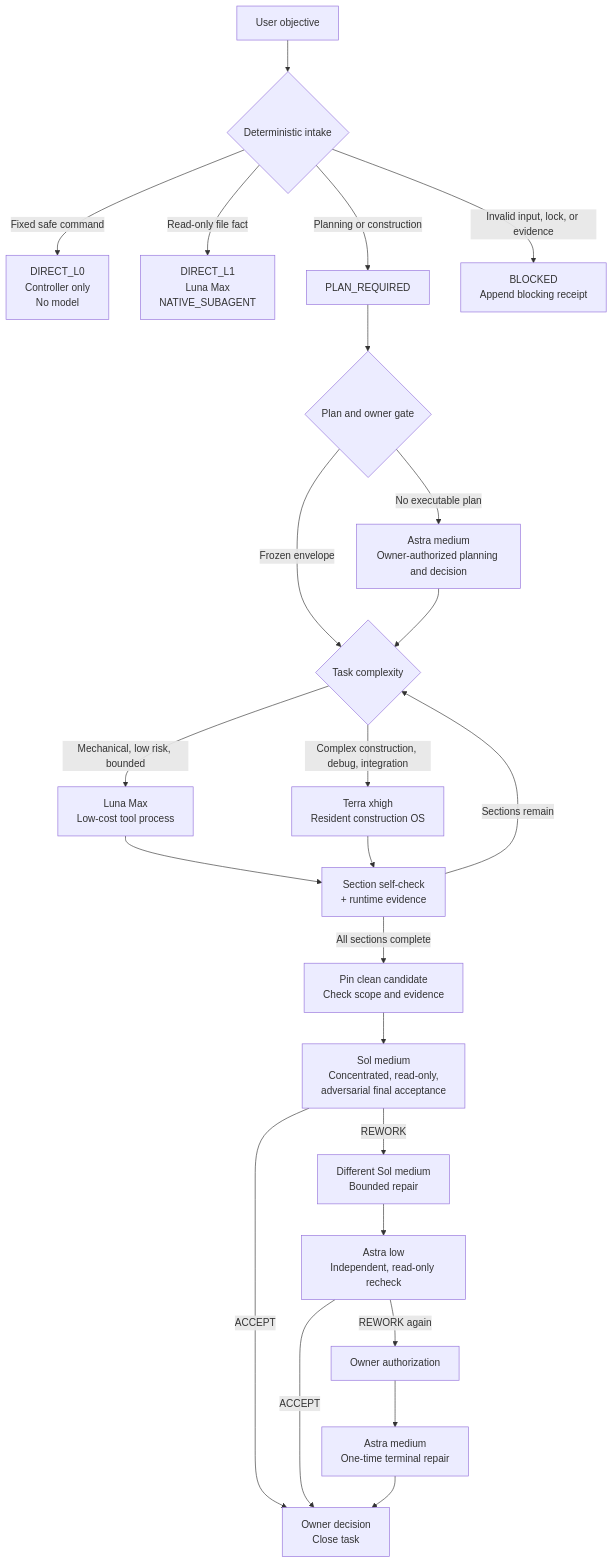
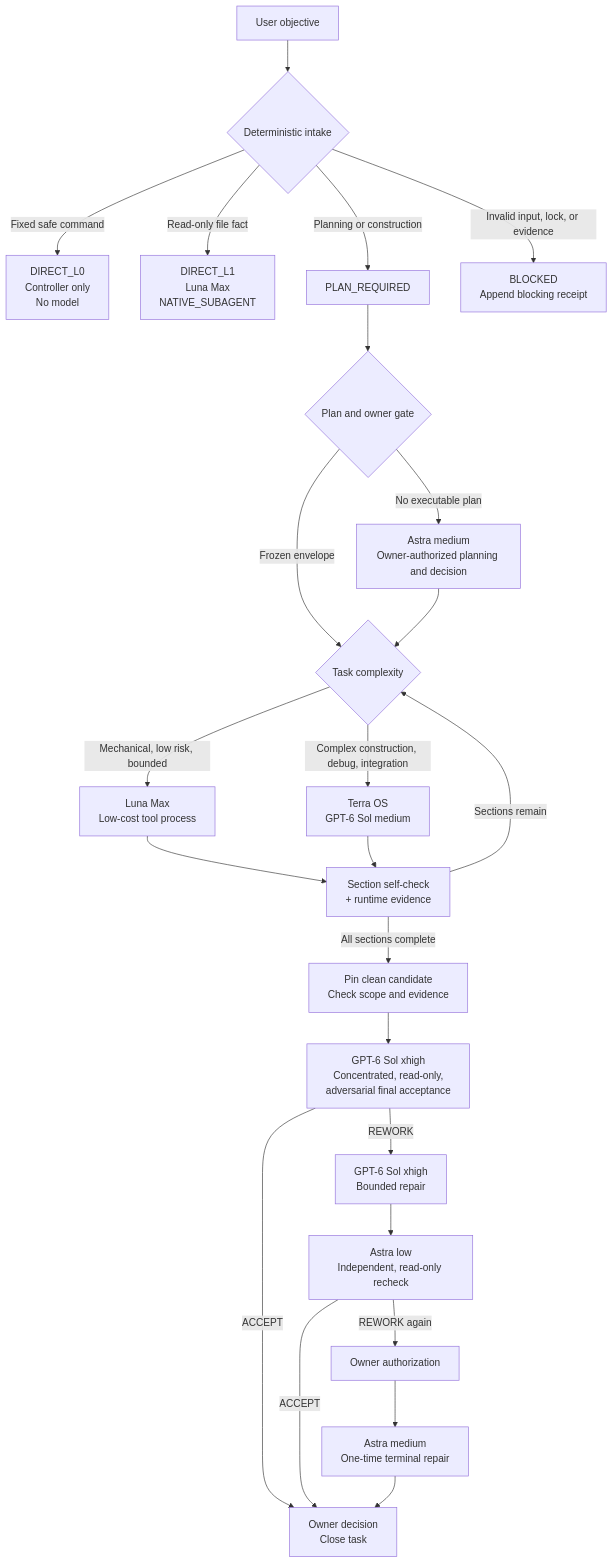
The second of 2 diagrams in README.md (New2taste/codex-team), drawn with Mermaid before and after one commit. The commit also changed other lines of this file and 39 other files, not shown here.

````diff
--- a/README.md
+++ b/README.md
@@ -92,27 +96,27 @@
 ```mermaid
 flowchart TD
     A[User objective] --> B{Deterministic intake}
     B -->|Fixed safe command| C[DIRECT_L0<br/>Controller only<br/>No model]
     B -->|Read-only file fact| D[DIRECT_L1<br/>Luna Max<br/>NATIVE_SUBAGENT]
     B -->|Planning or construction| E[PLAN_REQUIRED]
     B -->|Invalid input, lock, or evidence| X[BLOCKED<br/>Append blocking receipt]
 
     E --> F{Plan and owner gate}
     F -->|No executable plan| G[Astra medium<br/>Owner-authorized planning and decision]
     F -->|Frozen envelope| H{Task complexity}
     G --> H
     H -->|Mechanical, low risk, bounded| I[Luna Max<br/>Low-cost tool process]
-    H -->|Complex construction, debug, integration| J[Terra xhigh<br/>Resident construction OS]
+    H -->|Complex construction, debug, integration| J[Terra OS<br/>GPT-6 Sol medium]
     I --> K[Section self-check<br/>+ runtime evidence]
     J --> K
     K -->|Sections remain| H
     K -->|All sections complete| L[Pin clean candidate<br/>Check scope and evidence]
-    L --> M[Sol medium<br/>Concentrated, read-only,<br/>adversarial final acceptance]
+    L --> M[GPT-6 Sol xhigh<br/>Concentrated, read-only,<br/>adversarial final acceptance]
     M -->|ACCEPT| N[Owner decision<br/>Close task]
-    M -->|REWORK| O[Different Sol medium<br/>Bounded repair]
+    M -->|REWORK| O[GPT-6 Sol xhigh<br/>Bounded repair]
     O --> P[Astra low<br/>Independent, read-only recheck]
     P -->|ACCEPT| N
     P -->|REWORK again| Q[Owner authorization]
     Q --> R[Astra medium<br/>One-time terminal repair]
     R --> N
 ```
````
